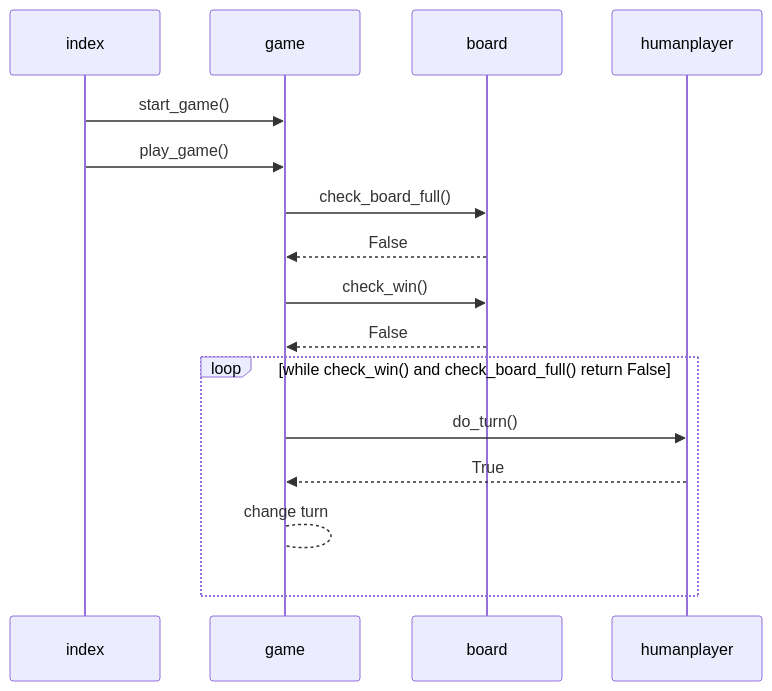
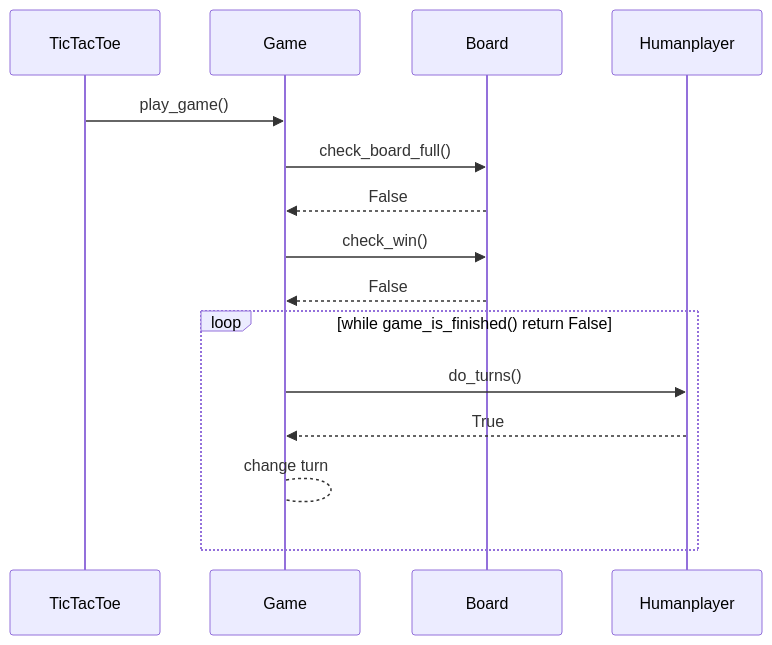
One commit to lauurap/ot-harjoitustyo changed the second of 2 diagrams in dokumentaatio/arkkitehtuuri.md. Above: the diagram before and after it, drawn with Mermaid. The commit also changed other lines of this file and 7 other files, not shown here.

````diff
--- a/dokumentaatio/arkkitehtuuri.md
+++ b/dokumentaatio/arkkitehtuuri.md
@@ -51,14 +85,13 @@
 ```mermaid
  sequenceDiagram
-      index ->> game : start_game()
-      index ->> game : play_game()
-      game ->> board : check_board_full()
-      board -->> game : False
-      game ->> board : check_win()
-      board -->> game : False
-      loop while check_win() and check_board_full() return False
-          game ->> humanplayer : do_turn()
-          humanplayer -->> game : True
-          game --> game : change turn
+      TicTacToe ->> Game : play_game()
+      Game ->> Board : check_board_full()
+      Board -->> Game : False
+      Game ->> Board : check_win()
+      Board -->> Game : False
+      loop while game_is_finished() return False
+          Game ->> Humanplayer : do_turns()
+          Humanplayer -->> Game : True
+          Game --> Game : change turn
       end
 ```
````
